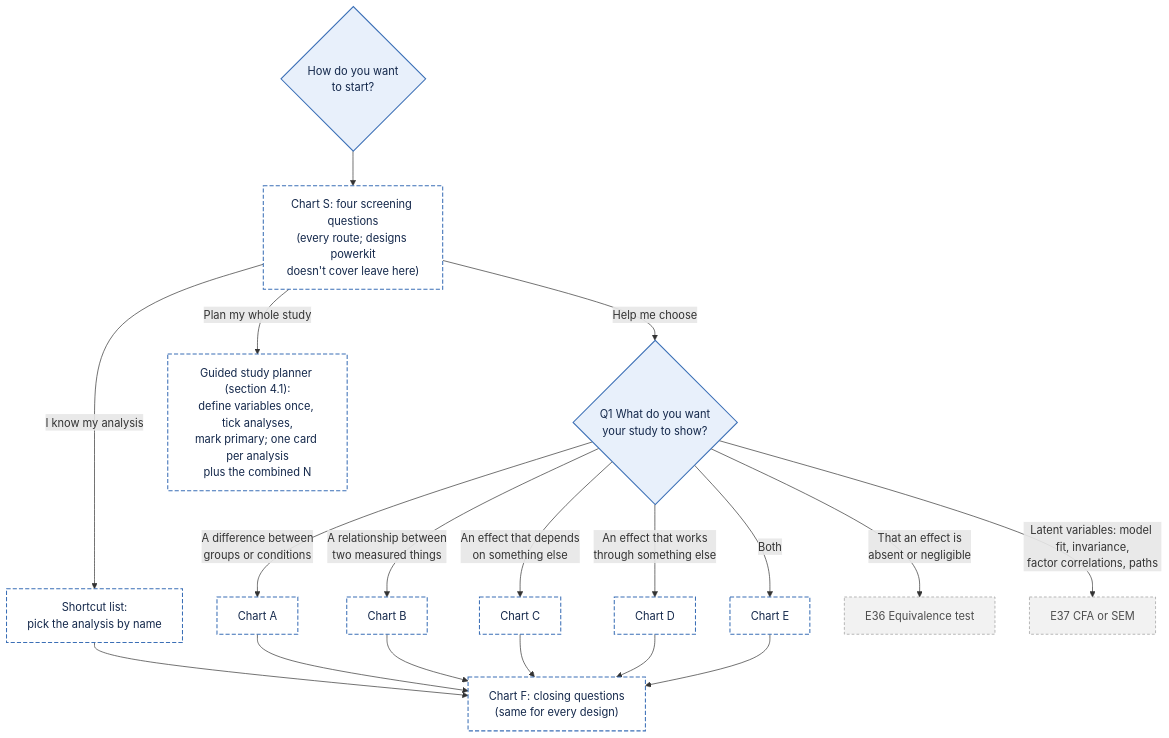
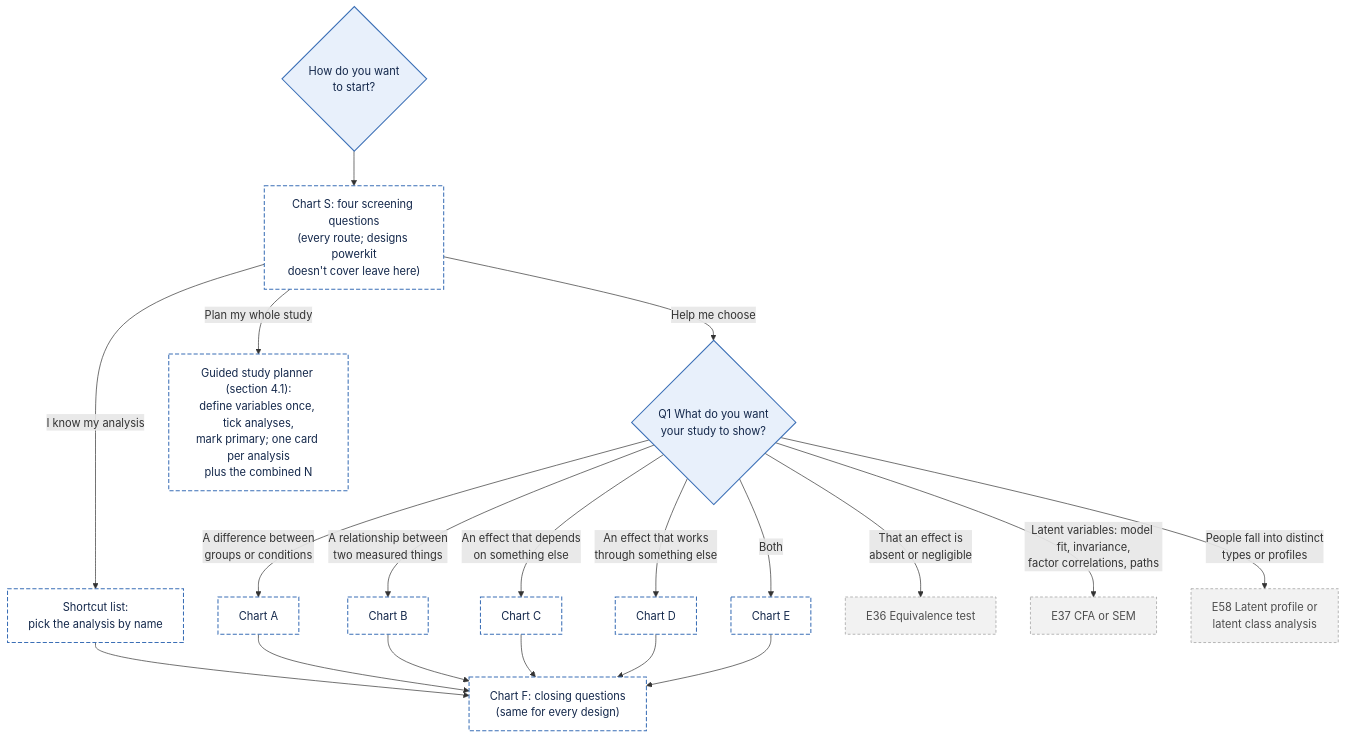
The second of 11 diagrams in docs/decision-tree.md (JoelThornton/Powerkit), drawn with Mermaid before and after one commit. The commit also changed other lines of this file and 9 other files, not shown here.

First line of the commit message:
Add a guidance card for latent profile and latent class analysis

````diff
--- a/docs/decision-tree.md
+++ b/docs/decision-tree.md
@@ -273,29 +273,30 @@
 ```mermaid
 flowchart TD
   S0{"How do you want<br/>to start?"}
   S0 --> SCR["Chart S: four screening questions<br/>(every route; designs powerkit<br/>doesn't cover leave here)"]
   SCR -->|I know my analysis| SC["Shortcut list:<br/>pick the analysis by name"]
   SCR -->|Help me choose| Q1{"Q1 What do you want<br/>your study to show?"}
   SCR -->|Plan my whole study| G["Guided study planner (section 4.1):<br/>define variables once, tick analyses,<br/>mark primary; one card per analysis<br/>plus the combined N"]
   Q1 -->|A difference between<br/>groups or conditions| A["Chart A"]
   Q1 -->|A relationship between<br/>two measured things| B["Chart B"]
   Q1 -->|An effect that depends<br/>on something else| C["Chart C"]
   Q1 -->|An effect that works<br/>through something else| D["Chart D"]
   Q1 -->|Both| E["Chart E"]
   Q1 -->|That an effect is<br/>absent or negligible| E36["E36 Equivalence test"]
   Q1 -->|Latent variables: model fit, invariance,<br/>factor correlations, paths| E37["E37 CFA or SEM"]
+  Q1 -->|People fall into distinct<br/>types or profiles| E58["E58 Latent profile or<br/>latent class analysis"]
   SC --> F["Chart F: closing questions<br/>(same for every design)"]
   A --> F
   B --> F
   C --> F
   D --> F
   E --> F
   class S0,Q1 q
   class SC,SCR,A,B,C,D,E,F,G jump
-  class E36,E37 later
+  class E36,E37,E58 later
   classDef q fill:#E8F0FB,stroke:#3B6FB6,color:#14284B,stroke-width:1.5px
   classDef avail fill:#DDF2E3,stroke:#2E7D4F,color:#123D24,stroke-width:1.5px
   classDef spec fill:#FFF0D1,stroke:#B97A00,color:#4A3200,stroke-width:1.5px
   classDef later fill:#F2F2F2,stroke:#9A9A9A,color:#4D4D4D,stroke-width:1px,stroke-dasharray:4 3
   classDef jump fill:#FFFFFF,stroke:#3B6FB6,color:#14284B,stroke-width:1.5px,stroke-dasharray:6 3
 ```
````
